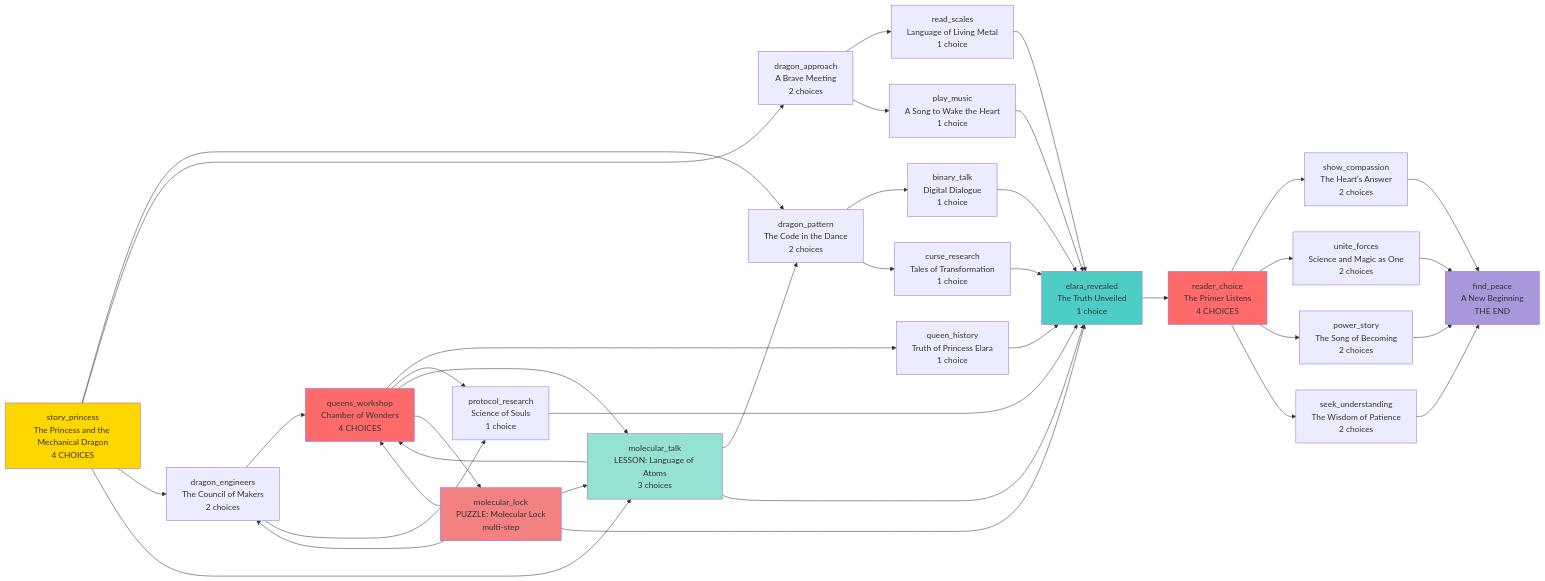
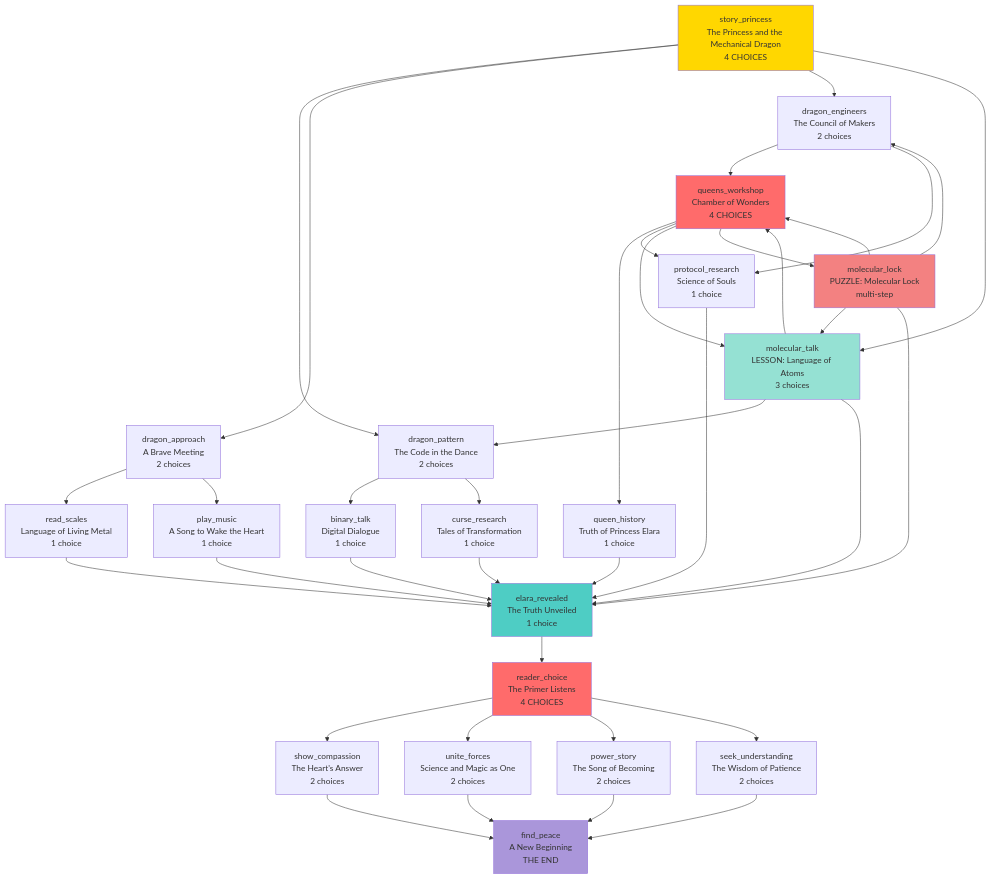
One commit to garrettmoss/young-ladys-primer changed the diagram in src/content/maps/dragon-story.md. Above: the diagram before and after it, drawn with Mermaid. The commit also changed 3 other files, not shown here.

````diff
--- a/src/content/maps/dragon-story.md
+++ b/src/content/maps/dragon-story.md
@@ -7,78 +7,78 @@
 ```mermaid
-graph LR
+graph TD
     %% Entry point
     story_princess[story_princess<br/>The Princess and the Mechanical Dragon<br/>4 CHOICES]
 
     %% First branch - 4 choices including lesson
     story_princess --> dragon_pattern[dragon_pattern<br/>The Code in the Dance<br/>2 choices]
     story_princess --> dragon_approach[dragon_approach<br/>A Brave Meeting<br/>2 choices]
     story_princess --> dragon_engineers[dragon_engineers<br/>The Council of Makers<br/>2 choices]
     story_princess --> molecular_talk[molecular_talk<br/>LESSON: Language of Atoms<br/>3 choices]
 
     %% dragon_pattern path (observation)
     dragon_pattern --> binary_talk[binary_talk<br/>Digital Dialogue<br/>1 choice]
     dragon_pattern --> curse_research[curse_research<br/>Tales of Transformation<br/>1 choice]
 
     %% dragon_approach path (interaction)
     dragon_approach --> read_scales[read_scales<br/>Language of Living Metal<br/>1 choice]
     dragon_approach --> play_music[play_music<br/>A Song to Wake the Heart<br/>1 choice]
 
     %% dragon_engineers path (research)
     dragon_engineers --> queens_workshop[queens_workshop<br/>Chamber of Wonders<br/>4 CHOICES]
     dragon_engineers --> protocol_research[protocol_research<br/>Science of Souls<br/>1 choice]
 
     %% queens_workshop major decision point
     queens_workshop --> queen_history[queen_history<br/>Truth of Princess Elara<br/>1 choice]
     queens_workshop --> protocol_research
     queens_workshop --> molecular_talk
     queens_workshop --> molecular_lock[molecular_lock<br/>PUZZLE: Molecular Lock<br/>multi-step]
 
     %% Lesson integration
     molecular_talk --> dragon_pattern
     molecular_talk --> queens_workshop
     molecular_talk --> elara_revealed
 
     %% Puzzle completion
     molecular_lock --> molecular_talk
     molecular_lock --> queens_workshop
     molecular_lock --> dragon_engineers
     molecular_lock --> elara_revealed
 
     %% CONVERGENCE - all paths merge here
     binary_talk --> elara_revealed[elara_revealed<br/>The Truth Unveiled<br/>1 choice]
     curse_research --> elara_revealed
     read_scales --> elara_revealed
     play_music --> elara_revealed
     protocol_research --> elara_revealed
     queen_history --> elara_revealed
 
     %% Philosophical choice hub
     elara_revealed --> reader_choice[reader_choice<br/>The Primer Listens<br/>4 CHOICES]
 
     %% Resolution paths - 4 philosophical approaches
     reader_choice --> show_compassion[show_compassion<br/>The Heart's Answer<br/>2 choices]
     reader_choice --> unite_forces[unite_forces<br/>Science and Magic as One<br/>2 choices]
     reader_choice --> power_story[power_story<br/>The Song of Becoming<br/>2 choices]
     reader_choice --> seek_understanding[seek_understanding<br/>The Wisdom of Patience<br/>2 choices]
 
     %% All paths lead to ending
     show_compassion --> find_peace[find_peace<br/>A New Beginning<br/>THE END]
     unite_forces --> find_peace
     power_story --> find_peace
     seek_understanding --> find_peace
 
     %% Styling
     classDef entry fill:#FFD700
     classDef major fill:#FF6B6B
     classDef converge fill:#4ECDC4
     classDef lesson fill:#95E1D3
     classDef puzzle fill:#F38181
     classDef ending fill:#AA96DA
 
     class story_princess entry
     class queens_workshop,reader_choice major
     class elara_revealed converge
     class molecular_talk lesson
     class molecular_lock puzzle
     class find_peace ending
 ```
````
